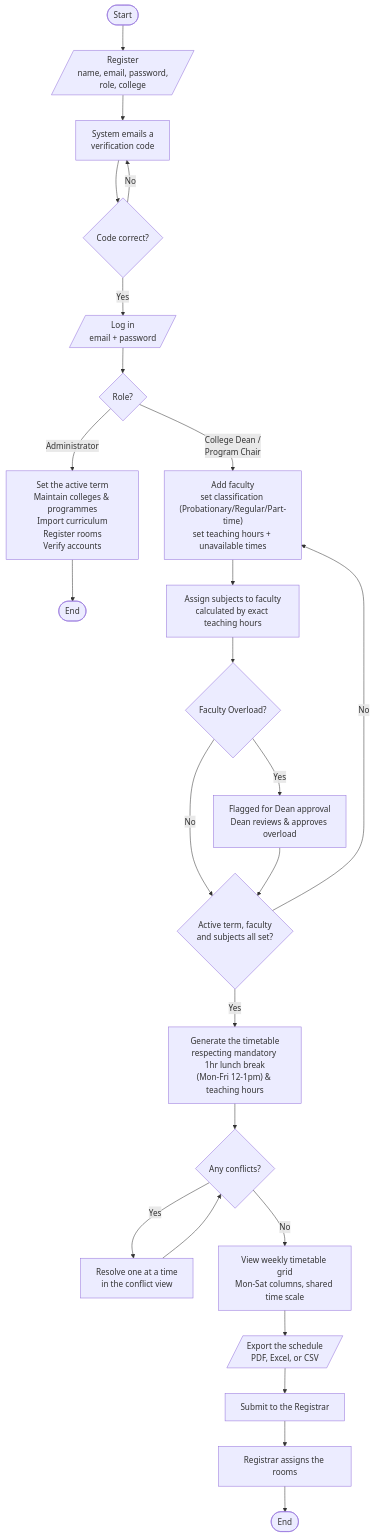
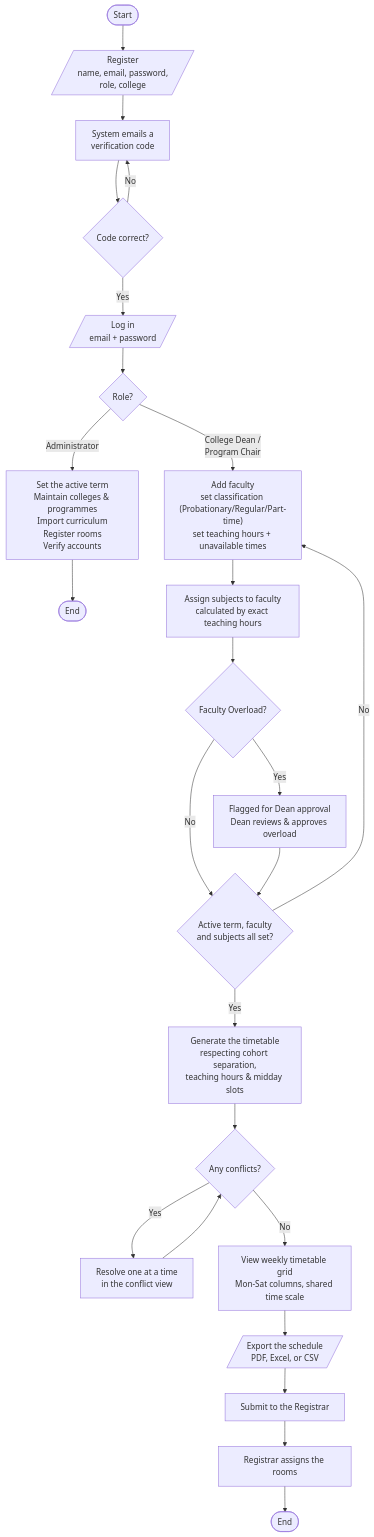
Before and after one commit to dayaomatthew14/ATLAS: the diagram in docs/SYSTEM_FLOWCHART.md, drawn with Mermaid. The commit also changed other lines of this file and 19 other files, not shown here.

````diff
--- a/docs/SYSTEM_FLOWCHART.md
+++ b/docs/SYSTEM_FLOWCHART.md
@@ -7,34 +7,34 @@
 ```mermaid
 flowchart TD
     Start([Start]) --> Register[/"Register<br/>name, email, password,<br/>role, college"/]
     Register --> SendCode["System emails a<br/>verification code"]
     SendCode --> CodeOK{"Code correct?"}
     CodeOK -- No --> SendCode
     CodeOK -- Yes --> Login[/"Log in<br/>email + password"/]
 
     Login --> Role{"Role?"}
 
     Role -- Administrator --> AdminSetup["Set the active term<br/>Maintain colleges &amp; programmes<br/>Import curriculum<br/>Register rooms<br/>Verify accounts"]
     AdminSetup --> AdminDone([End])
 
     Role -- "College Dean /<br/>Program Chair" --> Faculty["Add faculty<br/>set classification (Probationary/Regular/Part-time)<br/>set teaching hours + unavailable times"]
     Faculty --> Offerings["Assign subjects to faculty<br/>calculated by exact teaching hours"]
     Offerings --> OverloadCheck{"Faculty Overload?"}
     OverloadCheck -- Yes --> DeanApproval["Flagged for Dean approval<br/>Dean reviews &amp; approves overload"]
     OverloadCheck -- No --> Ready
     DeanApproval --> Ready
 
     Ready{"Active term, faculty<br/>and subjects all set?"}
     Ready -- No --> Faculty
-    Ready -- Yes --> Generate["Generate the timetable<br/>respecting mandatory 1hr lunch break<br/>(Mon-Fri 12-1pm) &amp; teaching hours"]
+    Ready -- Yes --> Generate["Generate the timetable<br/>respecting cohort separation,<br/>teaching hours &amp; midday slots"]
 
     Generate --> Conflicts{"Any conflicts?"}
     Conflicts -- Yes --> Resolve["Resolve one at a time<br/>in the conflict view"]
     Resolve --> Conflicts
 
     Conflicts -- No --> GridView["View weekly timetable grid<br/>Mon-Sat columns, shared time scale"]
     GridView --> Export[/"Export the schedule<br/>PDF, Excel, or CSV"/]
     Export --> Submit["Submit to the Registrar"]
     Submit --> Rooms["Registrar assigns the rooms"]
     Rooms --> Done([End])
 ```
````
